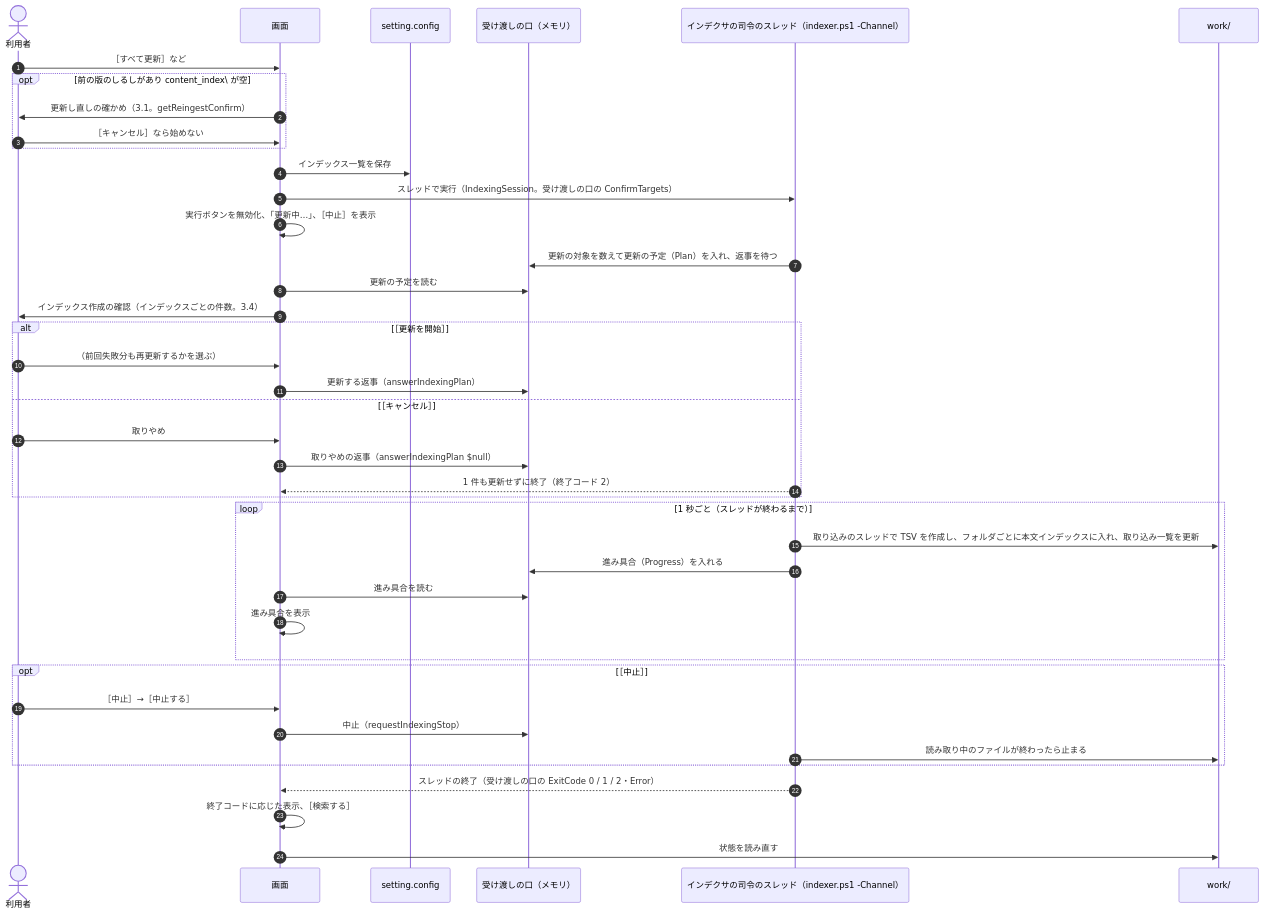
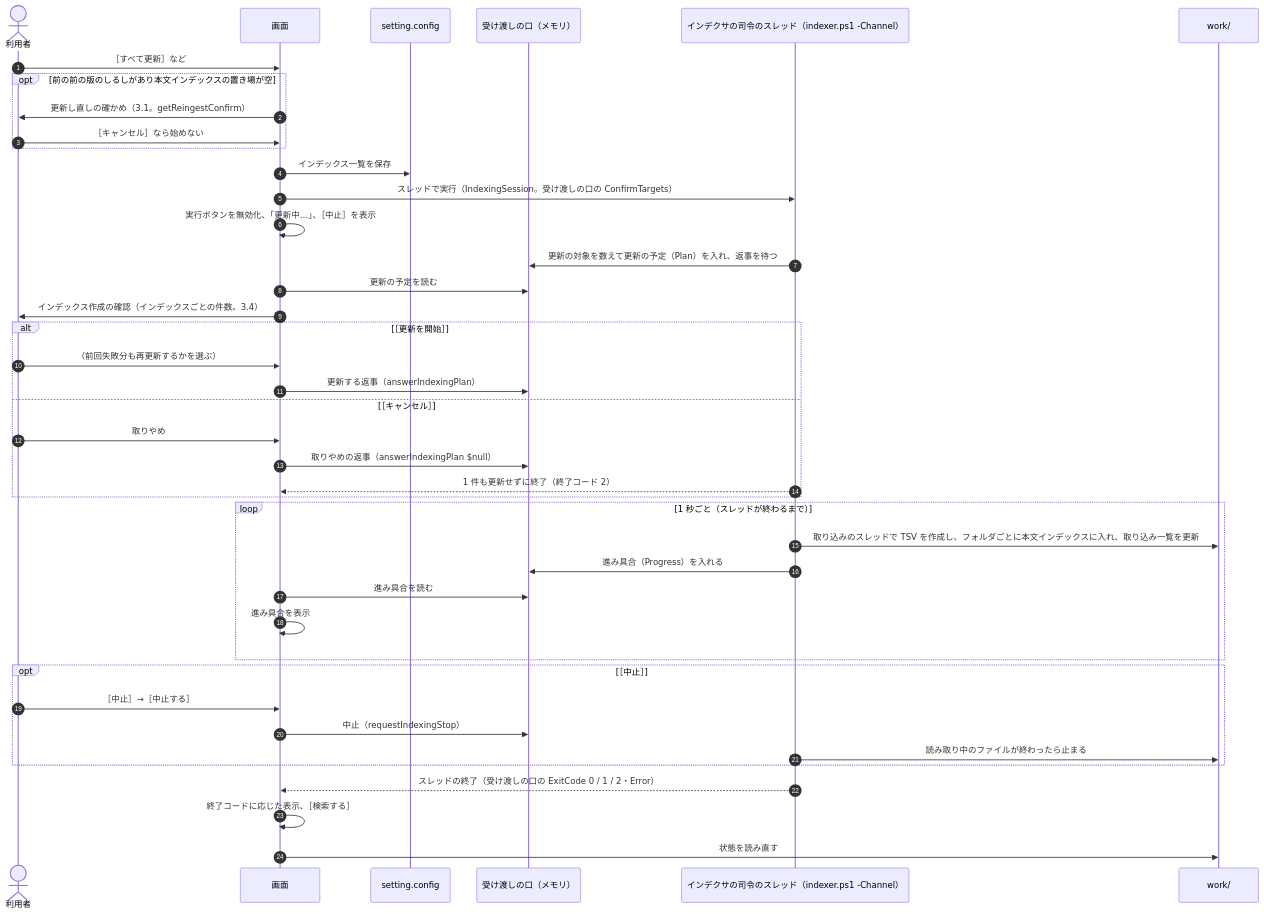
The third of 5 diagrams in docs/design/gui/state-flow.md (hsgwa/tebunko), drawn with Mermaid before and after one commit. The commit also changed other lines of this file and 118 other files, not shown here.

````diff
--- a/docs/design/gui/state-flow.md
+++ b/docs/design/gui/state-flow.md
@@ -85,44 +85,44 @@
 ```mermaid
 sequenceDiagram
     autonumber
     actor U as 利用者
     participant G as 画面
     participant C as setting.config
     participant K as 受け渡しの口（メモリ）
     participant P as インデクサの司令のスレッド（indexer.ps1 -Channel）
     participant W as work/
 
     U->>G: ［すべて更新］など
-    opt 前の版のしるしがあり content_index\ が空
+    opt 前の前の版のしるしがあり本文インデックスの置き場が空
         G->>U: 更新し直しの確かめ（3.1。getReingestConfirm）
         U->>G: ［キャンセル］なら始めない
     end
     G->>C: インデックス一覧を保存
     G->>P: スレッドで実行（IndexingSession。受け渡しの口の ConfirmTargets）
     G->>G: 実行ボタンを無効化、「更新中…」、［中止］を表示
     P->>K: 更新の対象を数えて更新の予定（Plan）を入れ、返事を待つ
     G->>K: 更新の予定を読む
     G->>U: インデックス作成の確認（インデックスごとの件数。3.4）
     alt ［更新を開始］
         U->>G: （前回失敗分も再更新するかを選ぶ）
         G->>K: 更新する返事（answerIndexingPlan）
     else ［キャンセル］
         U->>G: 取りやめ
         G->>K: 取りやめの返事（answerIndexingPlan $null）
         P-->>G: 1 件も更新せずに終了（終了コード 2）
     end
     loop 1 秒ごと（スレッドが終わるまで）
         P->>W: 取り込みのスレッドで TSV を作成し、フォルダごとに本文インデックスに入れ、取り込み一覧を更新
         P->>K: 進み具合（Progress）を入れる
         G->>K: 進み具合を読む
         G->>G: 進み具合を表示
     end
     opt ［中止］
         U->>G: ［中止］→［中止する］
         G->>K: 中止（requestIndexingStop）
         P->>W: 読み取り中のファイルが終わったら止まる
     end
     P-->>G: スレッドの終了（受け渡しの口の ExitCode 0 / 1 / 2・Error）
     G->>G: 終了コードに応じた表示、［検索する］
     G->>W: 状態を読み直す
 ```
````
